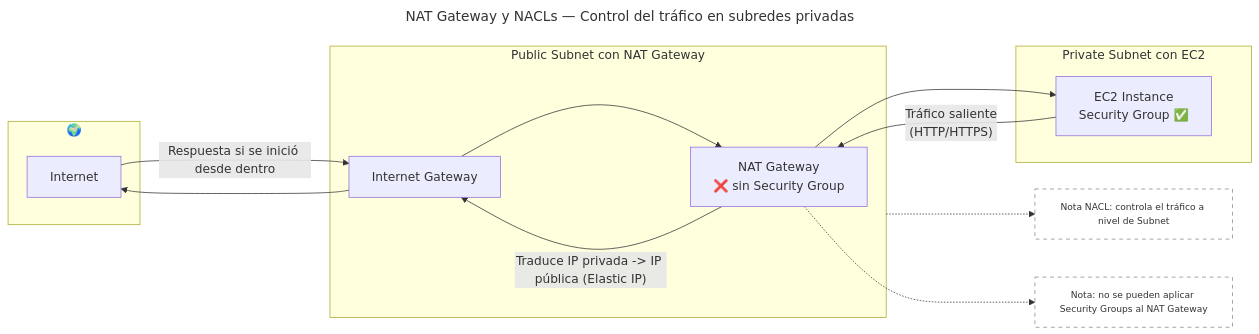
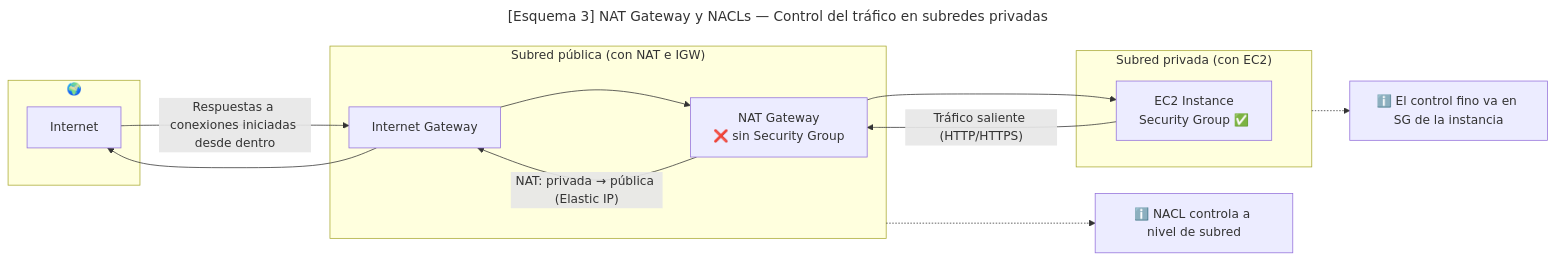
The third of 3 diagrams in SAA-C03/es/3. VPC - Virtual Private Cloud.md (Marcos-SA-git/AWS-Certifications), drawn with Mermaid before and after one commit. The commit also changed other lines of this file, not shown here.

````diff
--- a/SAA-C03/es/3. VPC - Virtual Private Cloud.md
+++ b/SAA-C03/es/3. VPC - Virtual Private Cloud.md
@@ -304,35 +305,30 @@
 ```mermaid
   ---
-  title: "NAT Gateway y NACLs — Control del tráfico en subredes privadas"
+  title: "[Esquema 3] NAT Gateway y NACLs — Control del tráfico en subredes privadas"
   ---
   flowchart LR
-      subgraph "🌍"
-          I[Internet]
-      end
+    subgraph "🌍"
+      I[Internet]
+    end
 
-      subgraph Public_Subnet["Public Subnet con NAT Gateway"]
-          NGW[NAT Gateway<br/>❌ sin Security Group]
-          IGW[Internet Gateway]
-      end
+    subgraph Public_Subnet["Subred pública (con NAT e IGW)"]
+      NGW[NAT Gateway<br/>❌ sin Security Group]
+      IGW[Internet Gateway]
+    end
 
-      subgraph Private_Subnet["Private Subnet con EC2"]
-          EC2[EC2 Instance<br/>Security Group ✅]
-      end
+    subgraph Private_Subnet["Subred privada (con EC2)"]
+      EC2[EC2 Instance<br/>Security Group ✅]
+    end
 
-      EC2 -->|"Tráfico saliente<br>(HTTP/HTTPS)"| NGW
-      NGW -->|"Traduce IP privada -> IP pública (Elastic IP)"| IGW
-      IGW --> I
+    EC2 -->|"Tráfico saliente (HTTP/HTTPS)"| NGW
+    NGW -->|"NAT: privada → pública (Elastic IP)"| IGW
+    IGW --> I
 
-      I -->|Respuesta si se inició desde dentro| IGW
-      IGW --> NGW
-      NGW --> EC2
+    I -->|"Respuestas a conexiones iniciadas desde dentro"| IGW
+    IGW --> NGW --> EC2
 
-      NACLNote[Nota NACL: controla el tráfico a nivel de Subnet]
-      NGWNote[Nota: no se pueden aplicar Security Groups al NAT Gateway]
-
-      Public_Subnet -.-> NACLNote
-      NGW -.-> NGWNote
-
-      classDef note fill:#ffffff,stroke:#888,stroke-dasharray: 5 5,color:#333,font-size:12px;
-      class NACLNote,NGWNote note
+    N1["ℹ️ NACL controla a nivel de subred"]
+    N2["ℹ️ El control fino va en SG de la instancia"]
+    Public_Subnet -.-> N1
+    Private_Subnet -.-> N2
 ```
````
